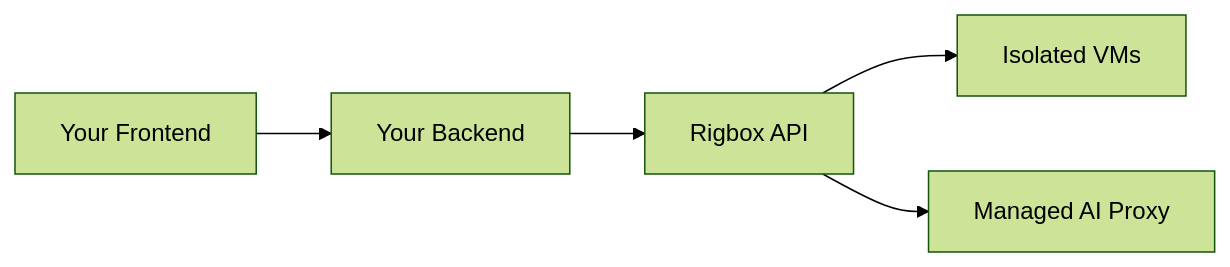
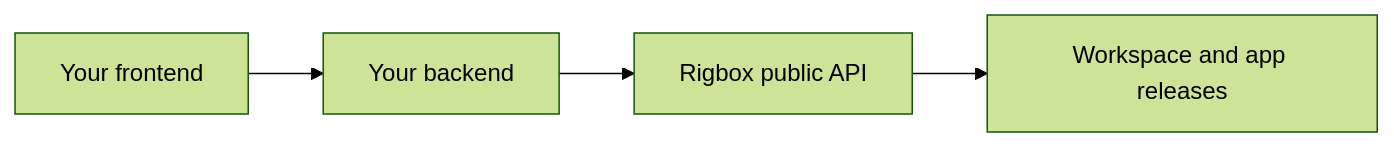
Before and after one commit to rigbox-dev/docs: the diagram in guides/build-hosting-platform.mdx, drawn with Mermaid (forest theme). The commit also changed other lines of this file and 366 other files, not shown here.

````diff
--- a/guides/build-hosting-platform.mdx
+++ b/guides/build-hosting-platform.mdx
@@ -20,7 +10,6 @@
 ```mermaid
 flowchart LR
-    A[Your Frontend] --> B[Your Backend]
-    B --> C[Rigbox API]
-    C --> D[Isolated VMs]
-    C --> E[Managed AI Proxy]
+    Browser[Your frontend] --> Backend[Your backend]
+    Backend --> API[Rigbox public API]
+    API --> Workspace[Workspace and app releases]
 ```
````
